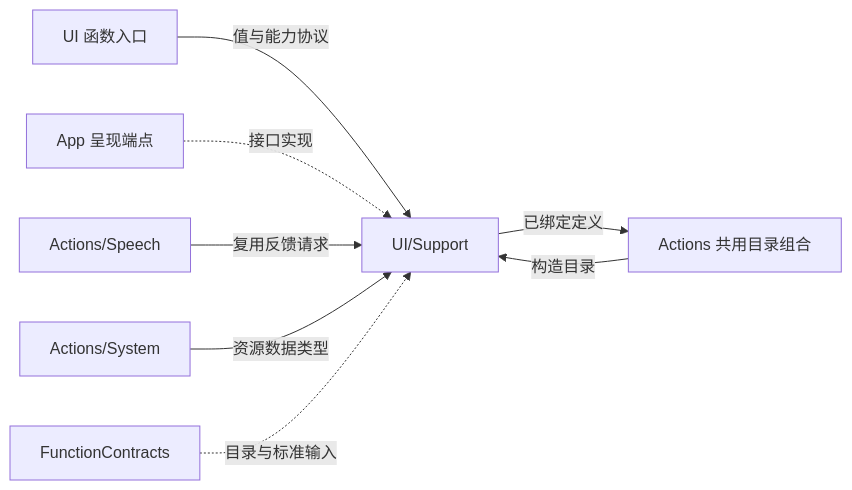
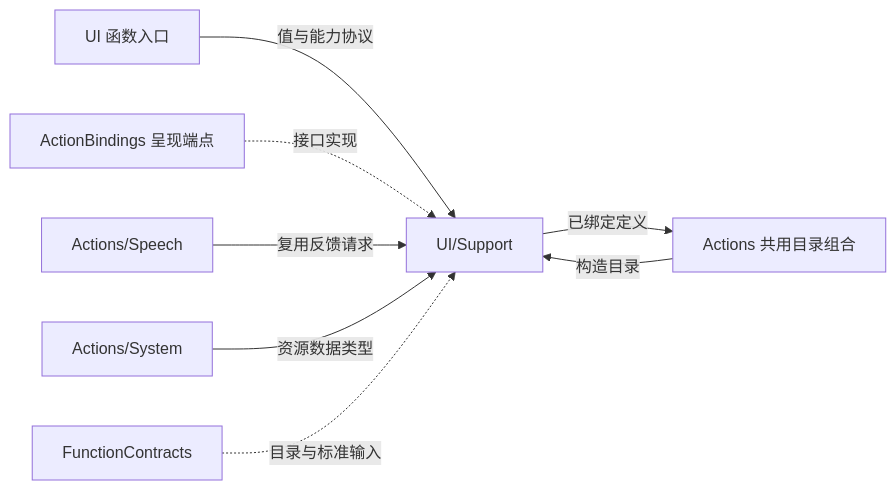
Before and after one commit to devilyouwei/MobileHarness: the first of 2 diagrams in MobileHarness/Actions/UI/Support/README.md, drawn with Mermaid. The commit also changed other lines of this file and 254 other files, not shown here.

First line of the commit message:
refactor: isolate app composition and module bindings

````diff
--- a/MobileHarness/Actions/UI/Support/README.md
+++ b/MobileHarness/Actions/UI/Support/README.md
@@ -9,10 +9,10 @@
 ```mermaid
 flowchart LR
     Entries[UI 函数入口] -->|值与能力协议| S[UI/Support]
-    Host[App 呈现端点] -.->|接口实现| S
+    Host[ActionBindings 呈现端点] -.->|接口实现| S
     Catalog[Actions 共用目录组合] -->|构造目录| S
     S -->|已绑定定义| Catalog
     Speech[Actions/Speech] -->|复用反馈请求| S
     System[Actions/System] -->|资源数据类型| S
     Contracts[FunctionContracts] -.->|目录与标准输入| S
 ```
````
